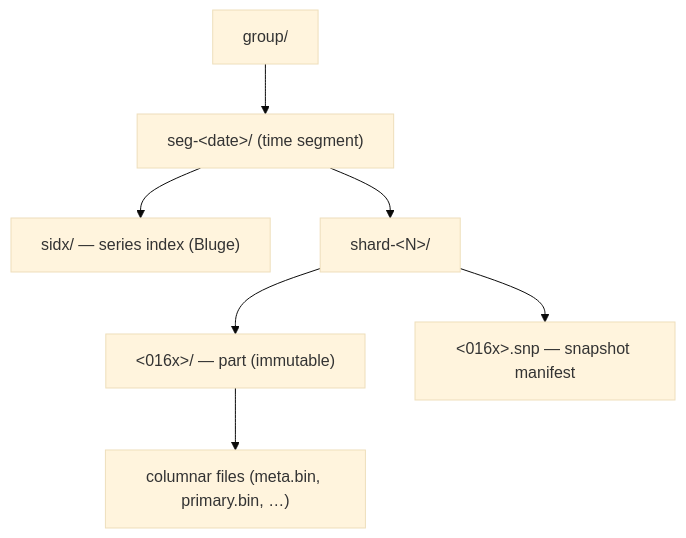
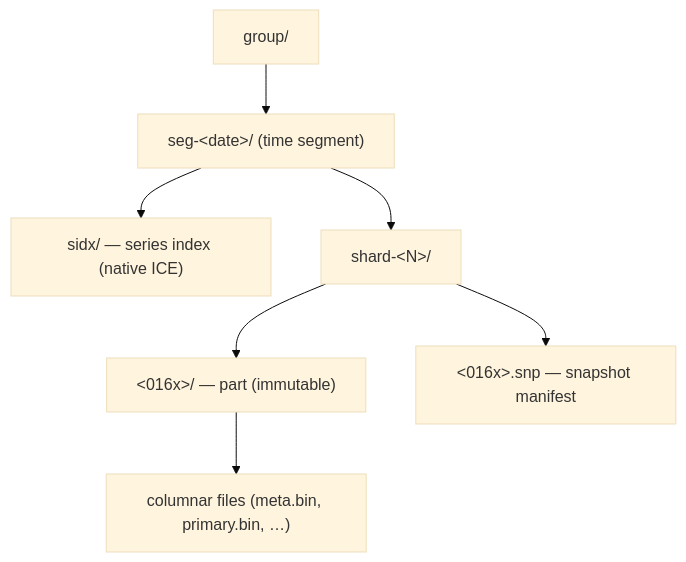
The first of 7 diagrams in docs/concept/tsdb.md (apache/skywalking-banyandb), drawn with Mermaid (base theme) before and after one commit. The commit also changed other lines of this file and 264 other files, not shown here.

Commit message:
feat(index): remove the legacy inverted-index engine and bound native write memory (NIDX-05) (#1402)

````diff
--- a/docs/concept/tsdb.md
+++ b/docs/concept/tsdb.md
@@ -13,9 +13,9 @@
 ```mermaid
 flowchart TD
     G["group/"] --> SEG["seg-&lt;date&gt;/ (time segment)"]
-    SEG --> SI["sidx/ — series index (Bluge)"]
+    SEG --> SI["sidx/ — series index (native ICE)"]
     SEG --> SH["shard-&lt;N&gt;/"]
     SH --> P["&lt;016x&gt;/ — part (immutable)"]
     SH --> SNP["&lt;016x&gt;.snp — snapshot manifest"]
     P --> COL["columnar files (meta.bin, primary.bin, …)"]
 ```
````
